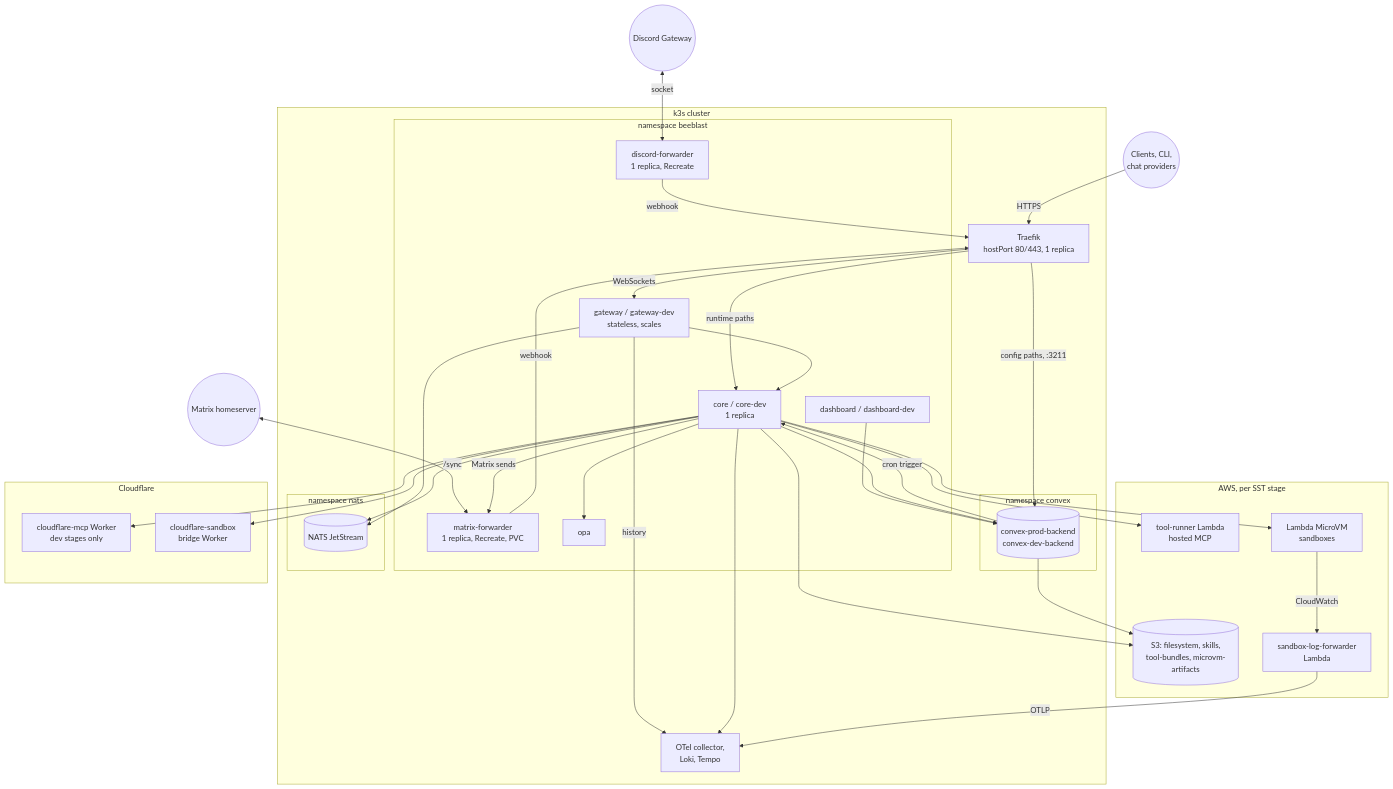
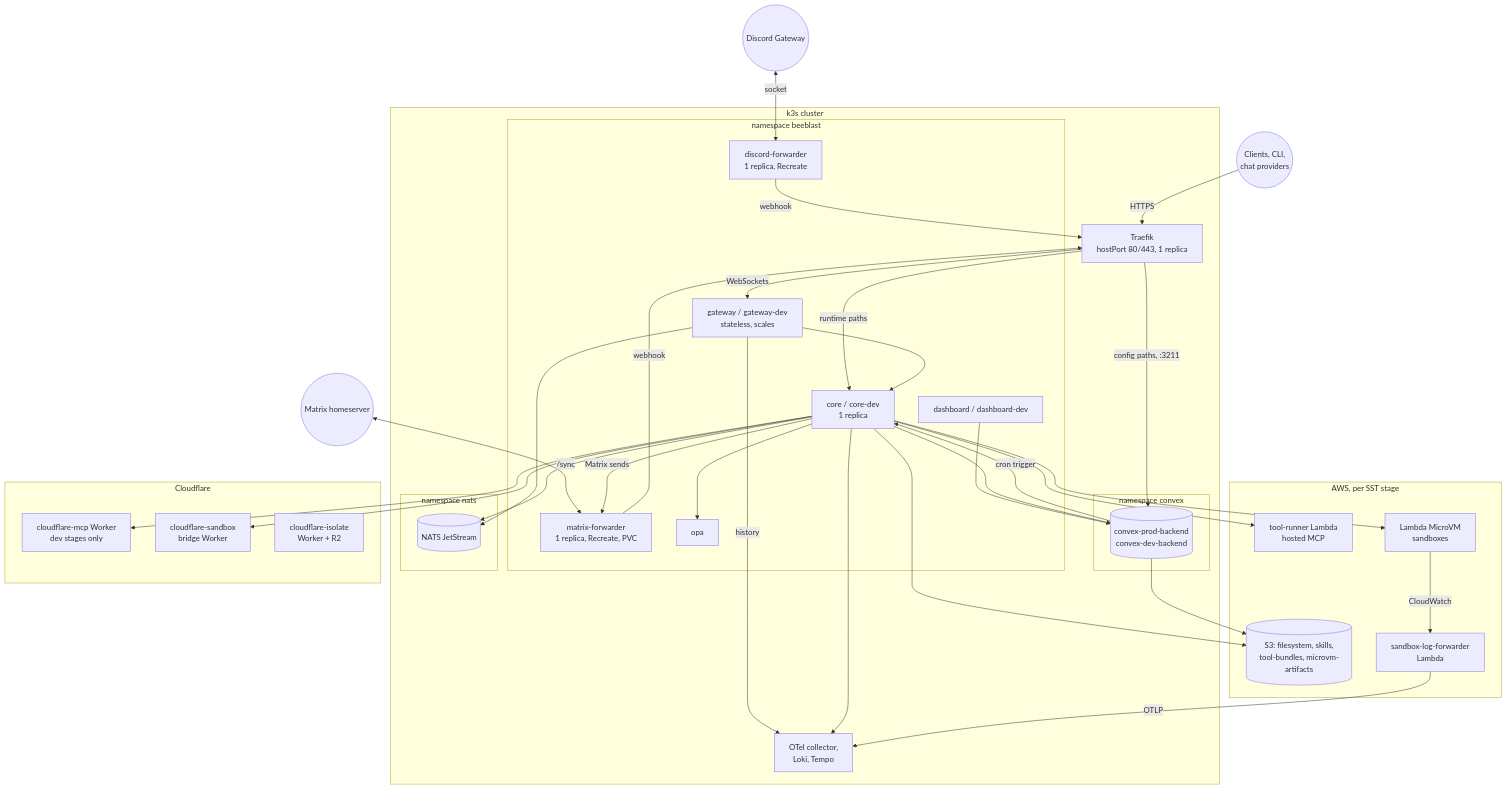
The first of 8 diagrams in apps/docs/docs/internals/operations.md (beeblastco/broods), drawn with Mermaid before and after one commit. The commit also changed other lines of this file and 17 other files, not shown here.

````diff
--- a/apps/docs/docs/internals/operations.md
+++ b/apps/docs/docs/internals/operations.md
@@ -9,64 +9,65 @@
 ```mermaid
 flowchart TB
   Users(("Clients, CLI,<br/>chat providers"))
   DiscordGW((Discord Gateway))
   Homeserver((Matrix homeserver))
 
   subgraph k3s["k3s cluster"]
     Traefik["Traefik<br/>hostPort 80/443, 1 replica"]
     subgraph beeblast["namespace beeblast"]
       Gateway["gateway / gateway-dev<br/>stateless, scales"]
       Core["core / core-dev<br/>1 replica"]
       Dashboard["dashboard / dashboard-dev"]
       DFwd["discord-forwarder<br/>1 replica, Recreate"]
       MFwd["matrix-forwarder<br/>1 replica, Recreate, PVC"]
       OPA["opa"]
     end
     subgraph convexns["namespace convex"]
       Convex[("convex-prod-backend<br/>convex-dev-backend")]
     end
     subgraph natsns["namespace nats"]
       NATS[("NATS JetStream")]
     end
     Obs["OTel collector,<br/>Loki, Tempo"]
   end
 
   subgraph AWS["AWS, per SST stage"]
     S3[("S3: filesystem, skills,<br/>tool-bundles, microvm-artifacts")]
     ToolRunner["tool-runner Lambda<br/>hosted MCP"]
     MicroVM["Lambda MicroVM<br/>sandboxes"]
     LogFwd["sandbox-log-forwarder<br/>Lambda"]
   end
 
   subgraph CF["Cloudflare"]
     McpWorker["cloudflare-mcp Worker<br/>dev stages only"]
     SbxWorker["cloudflare-sandbox<br/>bridge Worker"]
+    IsoWorker["cloudflare-isolate<br/>Worker + R2"]
   end
 
   Users -->|HTTPS| Traefik
   Traefik -->|runtime paths| Core
   Traefik -->|"config paths, :3211"| Convex
   Traefik -->|WebSockets| Gateway
   Gateway --> Core
   Gateway --> NATS
   Gateway -->|history| Obs
   Dashboard --> Convex
   Core --> Convex
   Core --> NATS
   Core --> OPA
   Core --> Obs
   Convex -->|cron trigger| Core
   Core --> S3
   Core --> ToolRunner
   Core --> MicroVM
   Core --> McpWorker
   Core --> SbxWorker
   Convex --> S3
   MicroVM -->|CloudWatch| LogFwd
   LogFwd -->|OTLP| Obs
   DiscordGW <-->|socket| DFwd
   Homeserver <-->|"/sync"| MFwd
   DFwd -->|webhook| Traefik
   MFwd -->|webhook| Traefik
   Core -->|Matrix sends| MFwd
 ```
````
